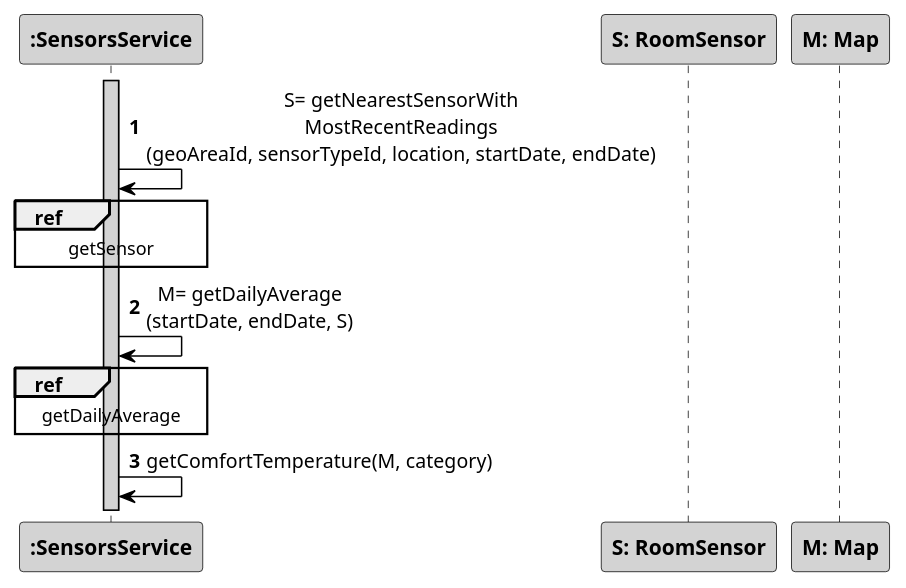
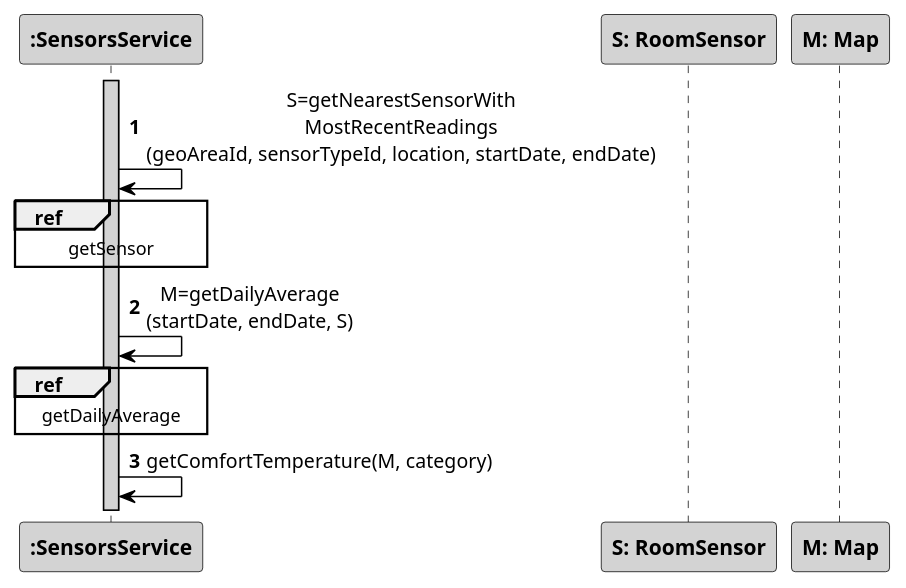
The diagram in src/main/java/pt/ipp/isep/dei/project/controllers/instantstempoutofcomfortlevelcontroller/SD_Ref2_InstantsTempOutOfComfortLevel.puml (1181687/hateoasToy), drawn with PlantUML before and after one commit. The commit also changed 2 other files, not shown here.

```diff
--- a/src/main/java/pt/ipp/isep/dei/project/controllers/instantstempoutofcomfortlevelcontroller/SD_Ref2_InstantsTempOutOfComfortLevel.puml
+++ b/src/main/java/pt/ipp/isep/dei/project/controllers/instantstempoutofcomfortlevelcontroller/SD_Ref2_InstantsTempOutOfComfortLevel.puml
@@ -1,37 +1,37 @@
 @startuml
 skinparam sequenceMessageAlign center
 skinparam sequence {
 	ArrowColor Black
 	ActorBorderColor DarkBlue
 	LifeLineBorderColor black
 	LifeLineBackgroundColor LightGrey
 
 	ParticipantBorderColor Black
 	ParticipantBackgroundColor LightGrey
 	ParticipantFontStyle Bold
 
 	ActorBackgroundColor DimGrey
 	ActorFontColor DeepSkyBlue
 	ActorFontStyle Bold
 	ActorFontSize 17
 	ActorFontName Aapex
 }
 autonumber
 
 activate ":SensorsService"
-":SensorsService" -> ":SensorsService": S= getNearestSensorWith\nMostRecentReadings\n(geoAreaId, sensorTypeId, location, startDate, endDate)
+":SensorsService" -> ":SensorsService": S=getNearestSensorWith\nMostRecentReadings\n(geoAreaId, sensorTypeId, location, startDate, endDate)
 ref over ":SensorsService"
 getSensor
 end
 deactivate "S: RoomSensor"
 deactivate "M: Map"
-":SensorsService" -> ":SensorsService": M= getDailyAverage\n(startDate, endDate, S)
+":SensorsService" -> ":SensorsService": M=getDailyAverage\n(startDate, endDate, S)
 ref over ":SensorsService"
 getDailyAverage
 end
 ":SensorsService" -> ":SensorsService": getComfortTemperature(M, category)
 
 
 
 
 @enduml
```
